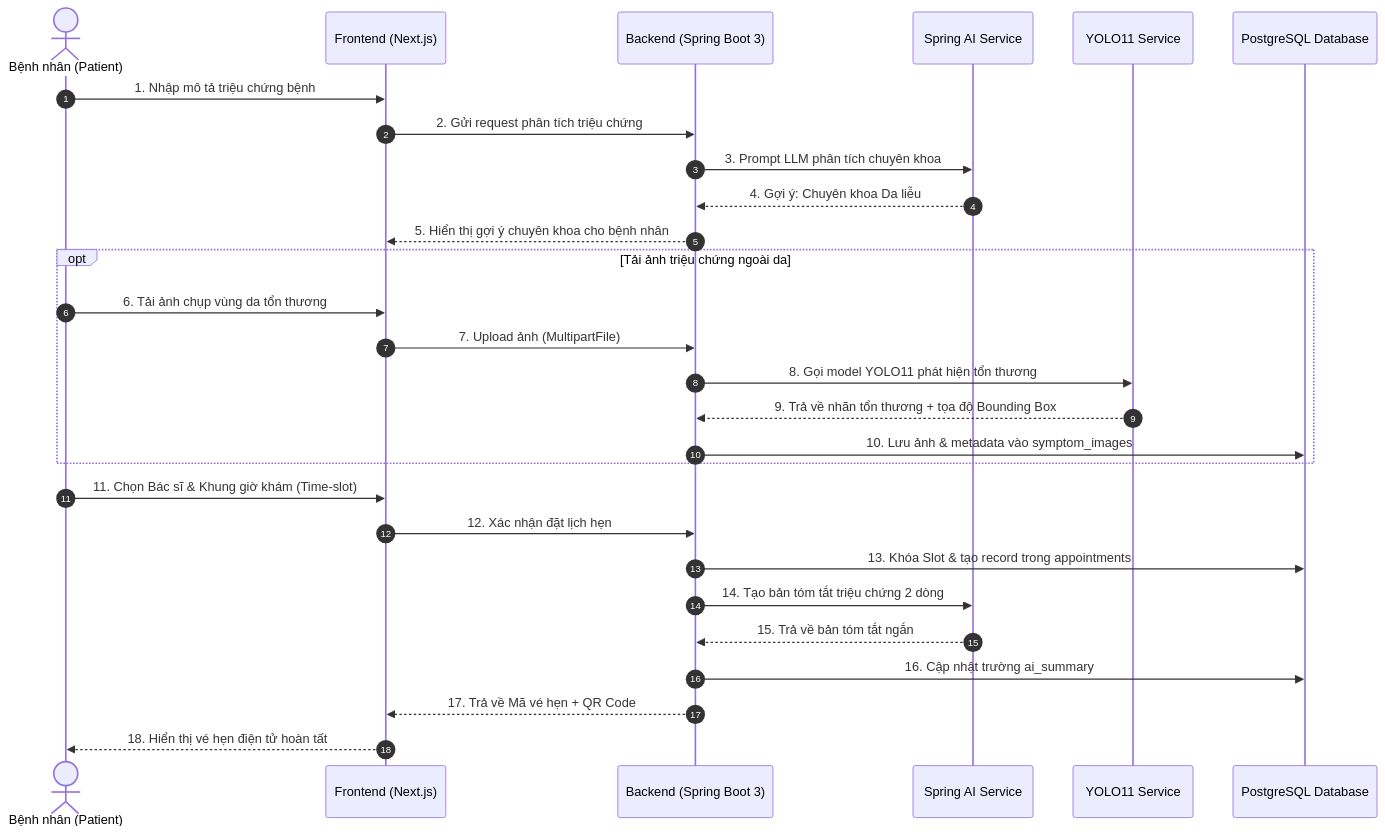
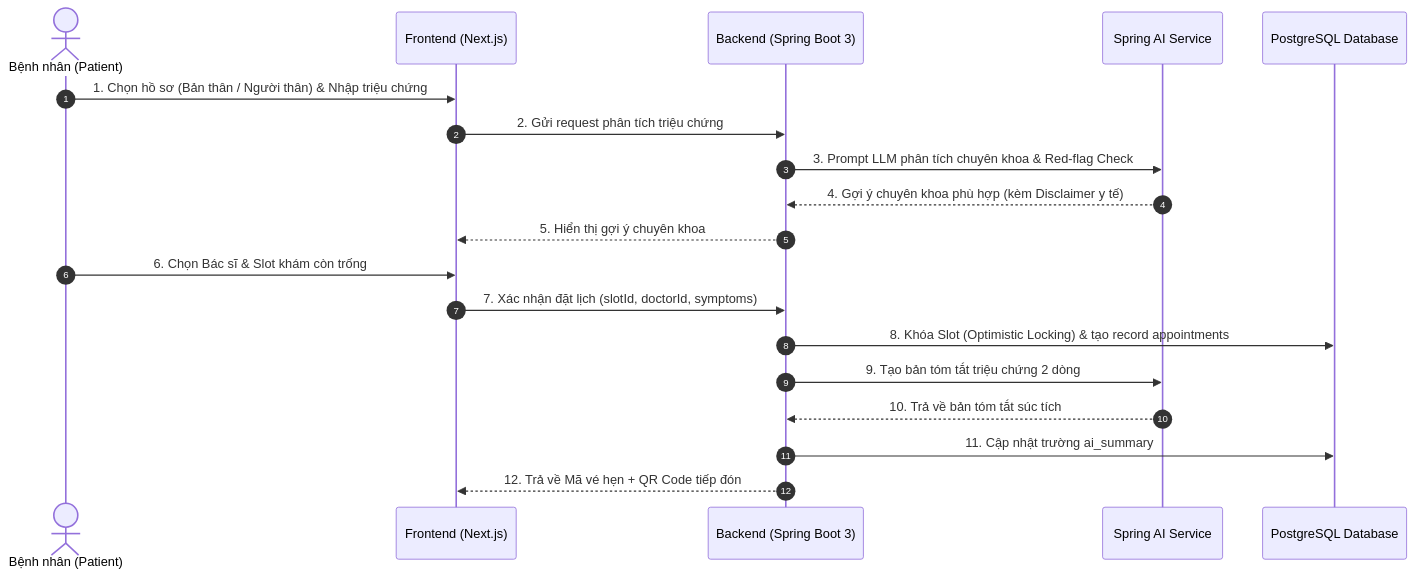
The first of 3 diagrams in 03_Luong_Chinh/Luong_Nghiep_Vu_Chinh.md (kietphuchau-create/KeHoach_Js2), drawn with Mermaid before and after one commit. The commit also changed other lines of this file and 16 other files, not shown here.

Commit message:
feat: initialize database schema and add comprehensive project requirement documentation

````diff
--- a/03_Luong_Chinh/Luong_Nghiep_Vu_Chinh.md
+++ b/03_Luong_Chinh/Luong_Nghiep_Vu_Chinh.md
@@ -32,33 +30,22 @@
 ```mermaid
 sequenceDiagram
     autonumber
     actor P as Bệnh nhân (Patient)
     participant FE as Frontend (Next.js)
     participant BE as Backend (Spring Boot 3)
     participant AI as Spring AI Service
-    participant CV as YOLO11 Service
     participant DB as PostgreSQL Database
 
-    P->>FE: 1. Nhập mô tả triệu chứng bệnh
+    P->>FE: 1. Chọn hồ sơ (Bản thân / Người thân) & Nhập triệu chứng
     FE->>BE: 2. Gửi request phân tích triệu chứng
-    BE->>AI: 3. Prompt LLM phân tích chuyên khoa
-    AI-->>BE: 4. Gợi ý: Chuyên khoa Da liễu
-    BE-->>FE: 5. Hiển thị gợi ý chuyên khoa cho bệnh nhân
-
-    opt Tải ảnh triệu chứng ngoài da
-        P->>FE: 6. Tải ảnh chụp vùng da tổn thương
-        FE->>BE: 7. Upload ảnh (MultipartFile)
-        BE->>CV: 8. Gọi model YOLO11 phát hiện tổn thương
-        CV-->>BE: 9. Trả về nhãn tổn thương + tọa độ Bounding Box
-        BE->>DB: 10. Lưu ảnh & metadata vào symptom_images
-    end
-
-    P->>FE: 11. Chọn Bác sĩ & Khung giờ khám (Time-slot)
-    FE->>BE: 12. Xác nhận đặt lịch hẹn
-    BE->>DB: 13. Khóa Slot & tạo record trong appointments
-    BE->>AI: 14. Tạo bản tóm tắt triệu chứng 2 dòng
-    AI-->>BE: 15. Trả về bản tóm tắt ngắn
-    BE->>DB: 16. Cập nhật trường ai_summary
-    BE-->>FE: 17. Trả về Mã vé hẹn + QR Code
-    FE-->>P: 18. Hiển thị vé hẹn điện tử hoàn tất
+    BE->>AI: 3. Prompt LLM phân tích chuyên khoa & Red-flag Check
+    AI-->>BE: 4. Gợi ý chuyên khoa phù hợp (kèm Disclaimer y tế)
+    BE-->>FE: 5. Hiển thị gợi ý chuyên khoa
+    P->>FE: 6. Chọn Bác sĩ & Slot khám còn trống
+    FE->>BE: 7. Xác nhận đặt lịch (slotId, doctorId, symptoms)
+    BE->>DB: 8. Khóa Slot (Optimistic Locking) & tạo record appointments
+    BE->>AI: 9. Tạo bản tóm tắt triệu chứng 2 dòng
+    AI-->>BE: 10. Trả về bản tóm tắt súc tích
+    BE->>DB: 11. Cập nhật trường ai_summary
+    BE-->>FE: 12. Trả về Mã vé hẹn + QR Code tiếp đón
 ```
````
